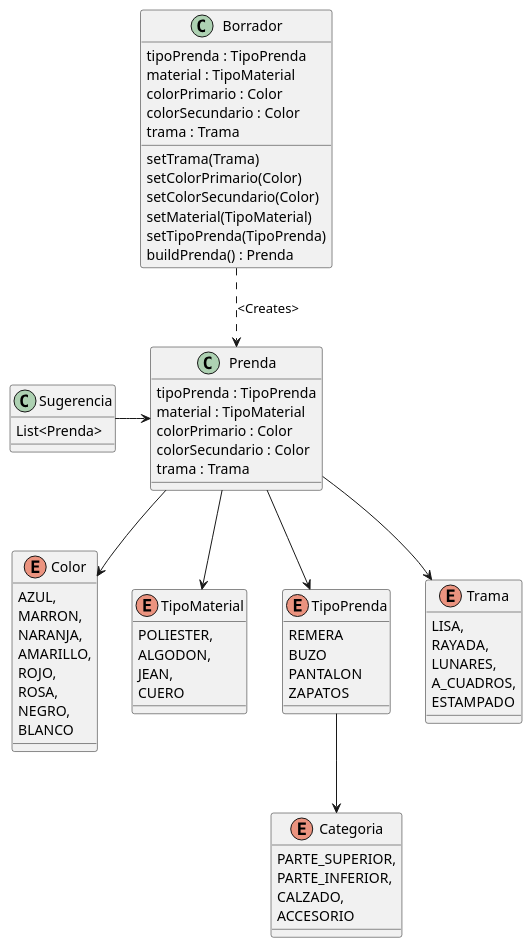
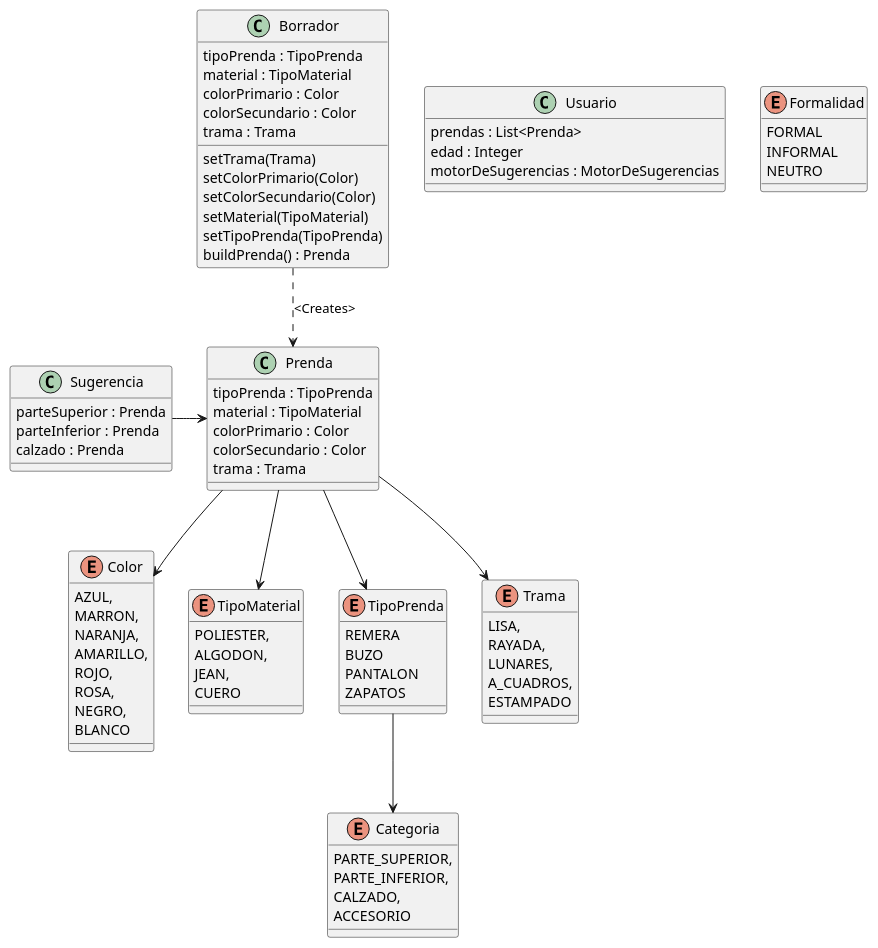
The diagram in src/main/java/ar/edu/utn/frba/dds/diagramaDeClase/QueMePongo.puml (marrkbau/QueMePongo), drawn with PlantUML before and after one commit. The commit also changed 5 other files, not shown here.

```diff
--- a/src/main/java/ar/edu/utn/frba/dds/diagramaDeClase/QueMePongo.puml
+++ b/src/main/java/ar/edu/utn/frba/dds/diagramaDeClase/QueMePongo.puml
@@ -1,82 +1,96 @@
 @startuml
 'https://plantuml.com/class-diagram
 
 
 enum Color {
 AZUL,
 MARRON,
 NARANJA,
 AMARILLO,
 ROJO,
 ROSA,
 NEGRO,
 BLANCO
 }
 
 enum TipoMaterial {
 POLIESTER,
 ALGODON,
 JEAN,
 CUERO
 }
 enum Categoria {
 PARTE_SUPERIOR,
 PARTE_INFERIOR,
 CALZADO,
 ACCESORIO
 }
 
 enum TipoPrenda {
 REMERA
 BUZO
 PANTALON
 ZAPATOS
 }
 
 enum Trama {
 LISA,
 RAYADA,
 LUNARES,
 A_CUADROS,
 ESTAMPADO
 }
 
 class Prenda {
 tipoPrenda : TipoPrenda
 material : TipoMaterial
 colorPrimario : Color
 colorSecundario : Color
 trama : Trama
+
 }
 
 class Borrador {
 tipoPrenda : TipoPrenda
 material : TipoMaterial
 colorPrimario : Color
 colorSecundario : Color
 trama : Trama
 
 setTrama(Trama)
 setColorPrimario(Color)
 setColorSecundario(Color)
 setMaterial(TipoMaterial)
 setTipoPrenda(TipoPrenda)
 buildPrenda() : Prenda
 }
 
 class Sugerencia {
-List<Prenda>
+parteSuperior : Prenda
+parteInferior : Prenda
+calzado : Prenda
+}
 
+class Usuario {
+prendas : List<Prenda>
+edad : Integer
+motorDeSugerencias : MotorDeSugerencias
+}
+
+enum Formalidad {
+FORMAL
+INFORMAL
+NEUTRO
 }
 
 Prenda --> Color
 Prenda --> TipoMaterial
 Prenda --> TipoPrenda
 Prenda --> Trama
 TipoPrenda --> Categoria
 Sugerencia -> Prenda
 Borrador ..> Prenda : <Creates>
 
 
 
 @enduml
```
